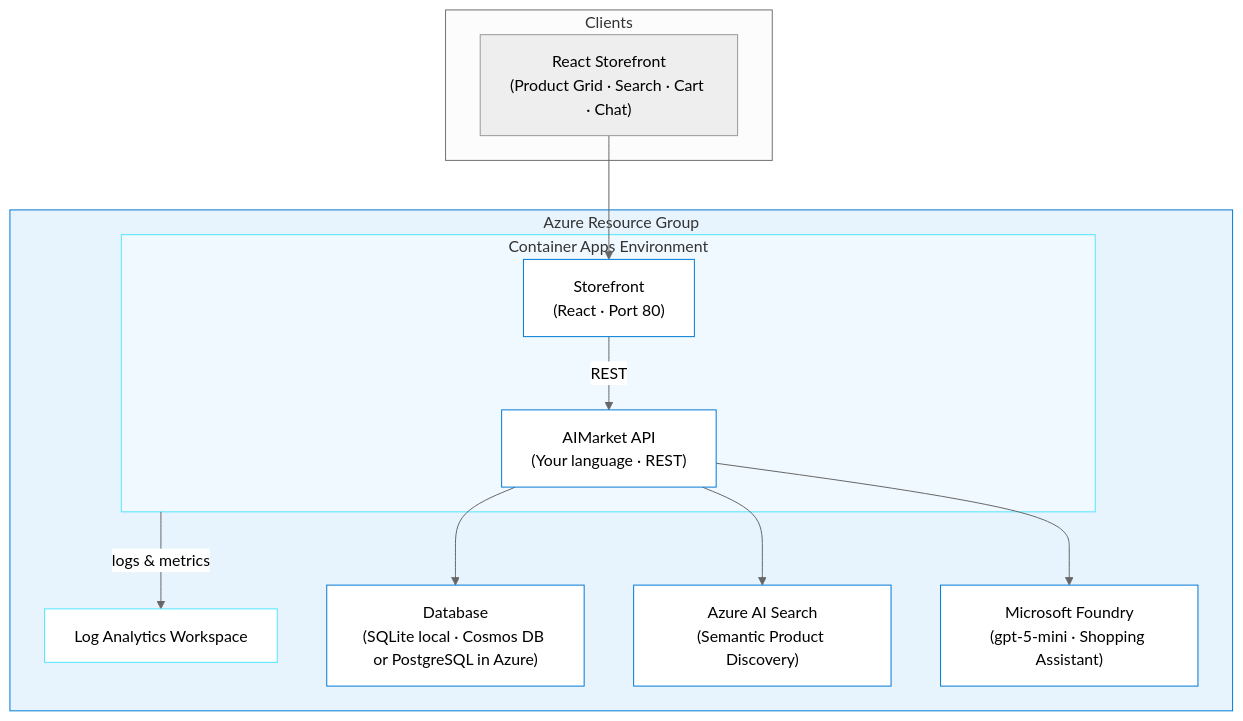
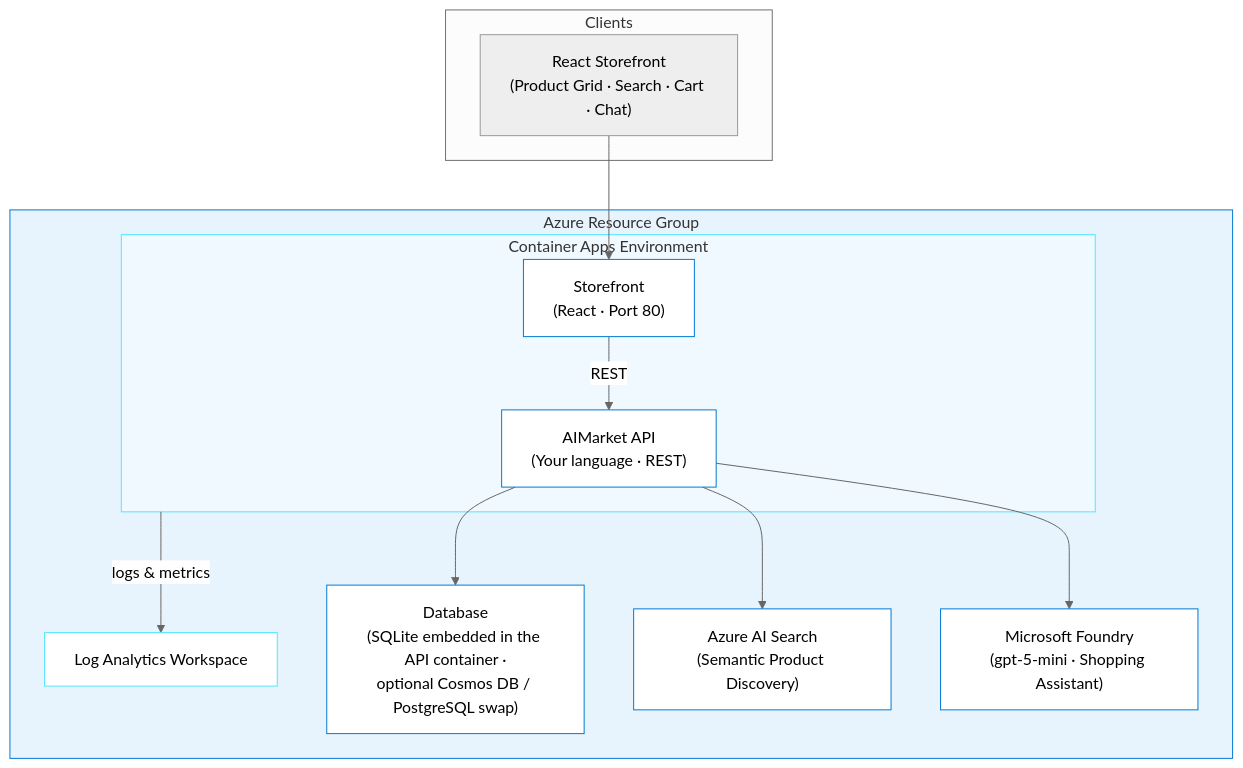
Before and after one commit to DanWahlin/github-azure-agentic-journeys: the diagram in journeys/aimarket/README.md, drawn with Mermaid (neutral theme). The commit also changed other lines of this file and 13 other files, not shown here.

````diff
--- a/journeys/aimarket/README.md
+++ b/journeys/aimarket/README.md
@@ -52,33 +50,33 @@
 ```mermaid
 graph TB
     subgraph Clients
         WEB["React Storefront<br/>(Product Grid · Search · Cart · Chat)"]
     end
 
     subgraph RG["Azure Resource Group"]
         LA["Log Analytics Workspace"]
         subgraph CAE["Container Apps Environment"]
             API["AIMarket API<br/>(Your language · REST)"]
             FRONTEND["Storefront<br/>(React · Port 80)"]
         end
-        DB["Database<br/>(SQLite local · Cosmos DB or PostgreSQL in Azure)"]
+        DB["Database<br/>(SQLite embedded in the API container ·<br/>optional Cosmos DB / PostgreSQL swap)"]
         SEARCH["Azure AI Search<br/>(Semantic Product Discovery)"]
         AOAI["Microsoft Foundry<br/>(gpt-5-mini · Shopping Assistant)"]
     end
 
     WEB --> FRONTEND
     FRONTEND -->|REST| API
     API --> DB
     API --> SEARCH
     API --> AOAI
     CAE -->|logs & metrics| LA
 
     style RG fill:#e8f4fd,stroke:#0078D4
     style CAE fill:#f0f9ff,stroke:#50e6ff
     style API fill:#fff,stroke:#0078D4
     style FRONTEND fill:#fff,stroke:#0078D4
     style DB fill:#fff,stroke:#0078D4
     style SEARCH fill:#fff,stroke:#0078D4
     style AOAI fill:#fff,stroke:#0078D4
     style LA fill:#fff,stroke:#50e6ff
 ```
````
